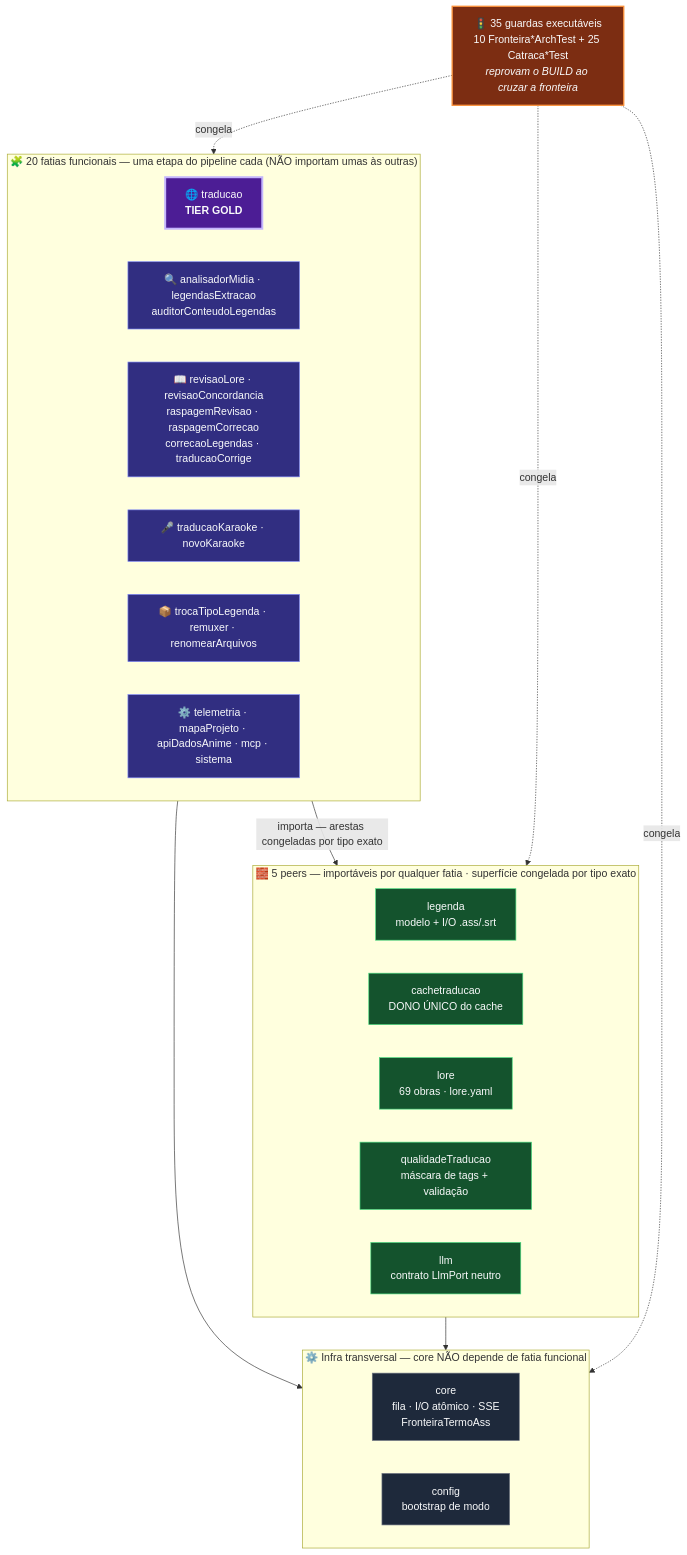
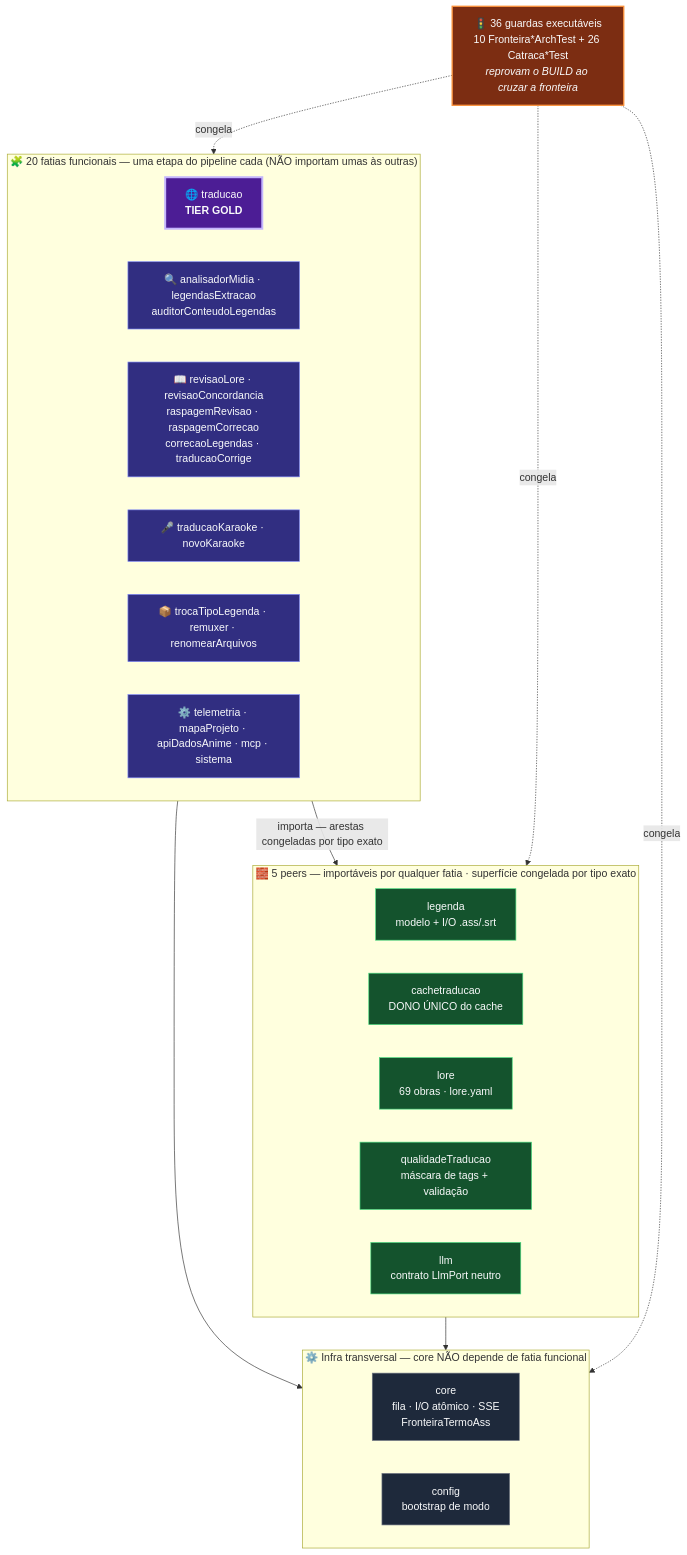
Before and after one commit to carmipa/traducao_animes_llm_local_quarkus-1: the first of 5 diagrams in docs/arquitetura.md, drawn with Mermaid. The commit also changed other lines of this file and 7 other files, not shown here.

````diff
--- a/docs/arquitetura.md
+++ b/docs/arquitetura.md
@@ -91,47 +91,47 @@
 ```mermaid
 graph TB
     subgraph FUNC["🧩 20 fatias funcionais — uma etapa do pipeline cada (NÃO importam umas às outras)"]
         direction LR
         TRAD["🌐 traducao<br/><b>TIER GOLD</b>"]
         PREP["🔍 analisadorMidia · legendasExtracao<br/>auditorConteudoLegendas"]
         QUALF["📖 revisaoLore · revisaoConcordancia<br/>raspagemRevisao · raspagemCorrecao<br/>correcaoLegendas · traducaoCorrige"]
         KAR["🎤 traducaoKaraoke · novoKaraoke"]
         FIM["📦 trocaTipoLegenda · remuxer · renomearArquivos"]
         SIS["⚙️ telemetria · mapaProjeto · apiDadosAnime · mcp · sistema"]
     end
 
     subgraph PEERS["🧱 5 peers — importáveis por qualquer fatia · superfície congelada por tipo exato"]
         direction LR
         LEG["legenda<br/>modelo + I/O .ass/.srt"]
         CACHE["cachetraducao<br/>DONO ÚNICO do cache"]
         CTX["lore<br/>69 obras · lore.yaml"]
         QUAL["qualidadeTraducao<br/>máscara de tags + validação"]
         LLM["llm<br/>contrato LlmPort neutro"]
     end
 
     subgraph BASE["⚙️ Infra transversal — core NÃO depende de fatia funcional"]
         direction LR
         CORE["core<br/>fila · I/O atômico · SSE<br/>FronteiraTermoAss"]
         CFG["config<br/>bootstrap de modo"]
     end
 
-    GUARD["🚦 35 guardas executáveis<br/>10 Fronteira*ArchTest + 25 Catraca*Test<br/><i>reprovam o BUILD ao cruzar a fronteira</i>"]
+    GUARD["🚦 36 guardas executáveis<br/>10 Fronteira*ArchTest + 26 Catraca*Test<br/><i>reprovam o BUILD ao cruzar a fronteira</i>"]
 
     FUNC -->|"importa — arestas congeladas por tipo exato"| PEERS
     FUNC --> BASE
     PEERS --> BASE
     GUARD -.->|congela| FUNC
     GUARD -.->|congela| PEERS
     GUARD -.->|congela| BASE
 
     classDef func fill:#312e81,stroke:#818CF8,color:#F9FAFB
     classDef gold fill:#4c1d95,stroke:#C4B5FD,color:#F9FAFB,stroke-width:3px
     classDef peer fill:#14532d,stroke:#4ADE80,color:#F9FAFB
     classDef base fill:#1e293b,stroke:#6B7280,color:#F9FAFB
     classDef guard fill:#7c2d12,stroke:#FB923C,color:#F9FAFB,stroke-width:2px
     class PREP,QUALF,KAR,FIM,SIS func
     class TRAD gold
     class LEG,CACHE,CTX,QUAL,LLM peer
     class CORE,CFG base
     class GUARD guard
 ```
````
